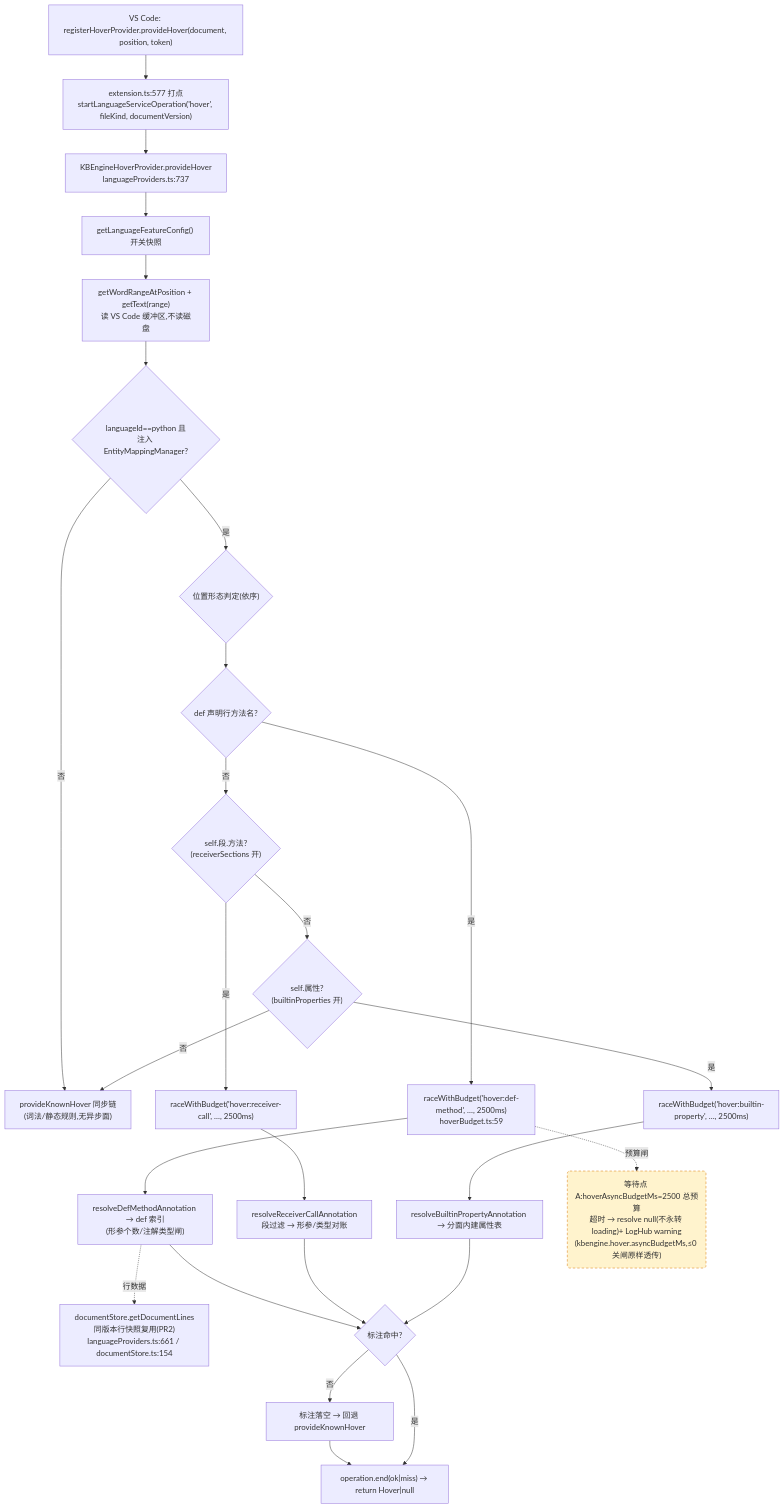
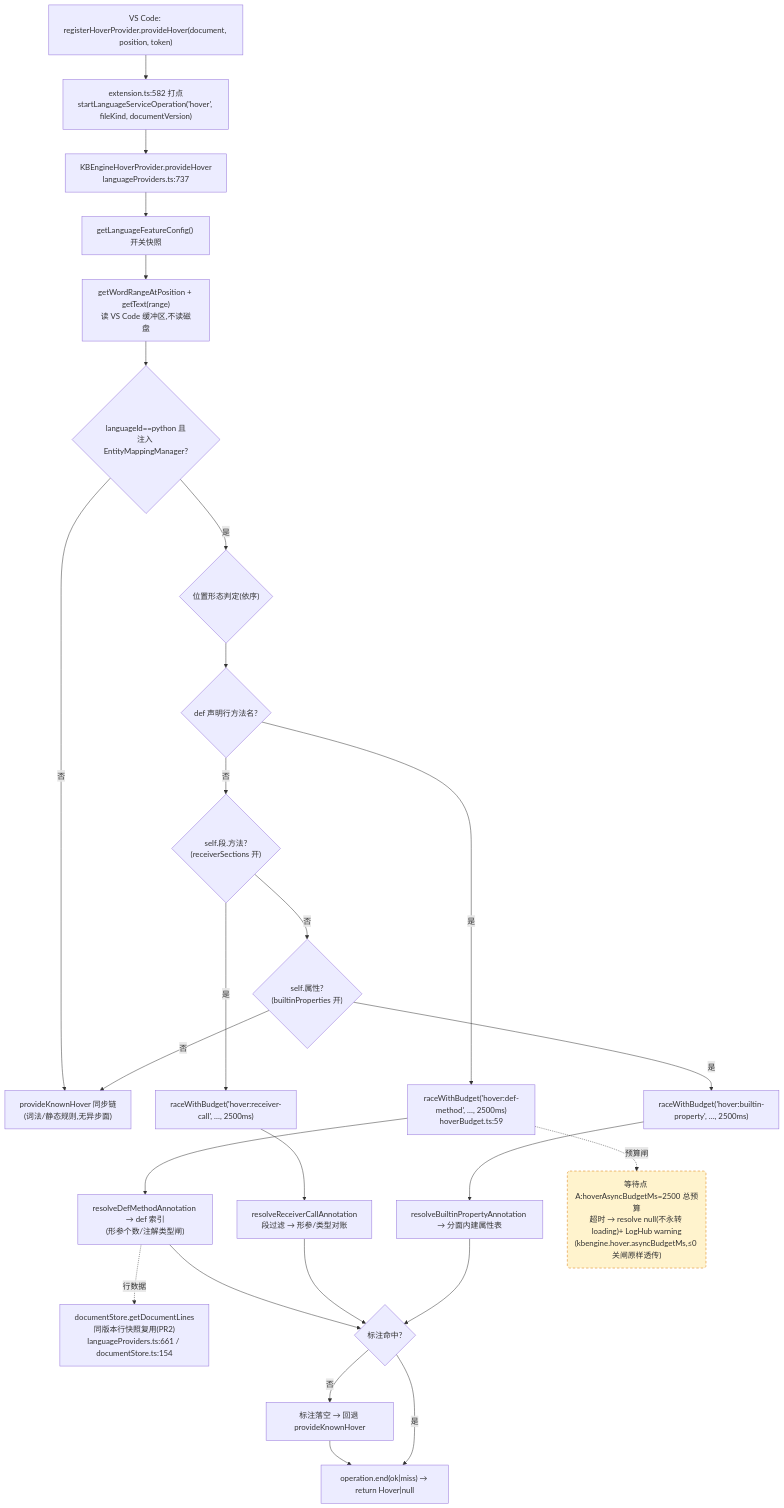
One commit to cuihairu/kode changed the first of 4 diagrams in docs/perf/2026-baseline.md. Above: the diagram before and after it, drawn with Mermaid. The commit also changed other lines of this file and 4 other files, not shown here.

````diff
--- a/docs/perf/2026-baseline.md
+++ b/docs/perf/2026-baseline.md
@@ -82,45 +82,45 @@
 ```mermaid
 flowchart TD
   VC1["VS Code: registerHoverProvider.provideHover(document, position, token)"]
-  M1["extension.ts:577 打点<br/>startLanguageServiceOperation('hover', fileKind, documentVersion)"]
+  M1["extension.ts:582 打点<br/>startLanguageServiceOperation('hover', fileKind, documentVersion)"]
   HP["KBEngineHoverProvider.provideHover<br/>languageProviders.ts:737"]
   CFG["getLanguageFeatureConfig() 开关快照"]
   WORD["getWordRangeAtPosition + getText(range)<br/>读 VS Code 缓冲区,不读磁盘"]
   BR{"languageId==python 且<br/>注入 EntityMappingManager?"}
   KN["provideKnownHover 同步链<br/>(词法/静态规则,无异步面)"]
   POS{"位置形态判定(依序)"}
   D1{"def 声明行方法名?"}
   D2{"self.段.方法?<br/>(receiverSections 开)"}
   D3{"self.属性?<br/>(builtinProperties 开)"}
   RA1["raceWithBudget('hover:def-method', …, 2500ms)<br/>hoverBudget.ts:59"]
   RA2["raceWithBudget('hover:receiver-call', …, 2500ms)"]
   RA3["raceWithBudget('hover:builtin-property', …, 2500ms)"]
   RS1["resolveDefMethodAnnotation → def 索引<br/>(形参个数/注解类型闸)"]
   RS2["resolveReceiverCallAnnotation<br/>段过滤 → 形参/类型对账"]
   RS3["resolveBuiltinPropertyAnnotation → 分面内建属性表"]
   LINES["documentStore.getDocumentLines<br/>同版本行快照复用(PR2)<br/>languageProviders.ts:661 / documentStore.ts:154"]
   MISS["标注落空 → 回退 provideKnownHover"]
   END1["operation.end(ok|miss) → return Hover|null"]
 
   VC1 --> M1 --> HP --> CFG --> WORD --> BR
   BR -- "否" --> KN
   BR -- "是" --> POS --> D1
   D1 -- "是" --> RA1 --> RS1
   D1 -- "否" --> D2
   D2 -- "是" --> RA2 --> RS2
   D2 -- "否" --> D3
   D3 -- "是" --> RA3 --> RS3
   D3 -- "否" --> KN
   RS1 --> HIT{"标注命中?"}
   RS2 --> HIT
   RS3 --> HIT
   RS1 -.->|行数据| LINES
   HIT -- "否" --> MISS --> END1
   HIT -- "是" --> END1
 
   WAITA("等待点 A:hoverAsyncBudgetMs=2500 总预算<br/>超时 → resolve null(不永转 loading)+ LogHub warning<br/>(kbengine.hover.asyncBudgetMs,≤0 关闸原样透传)")
   RA1 -.->|预算闸| WAITA
 
   classDef waitPoint fill:#fff3cd,stroke:#d97706,stroke-dasharray:5 4;
   class WAITA waitPoint;
 ```
````
